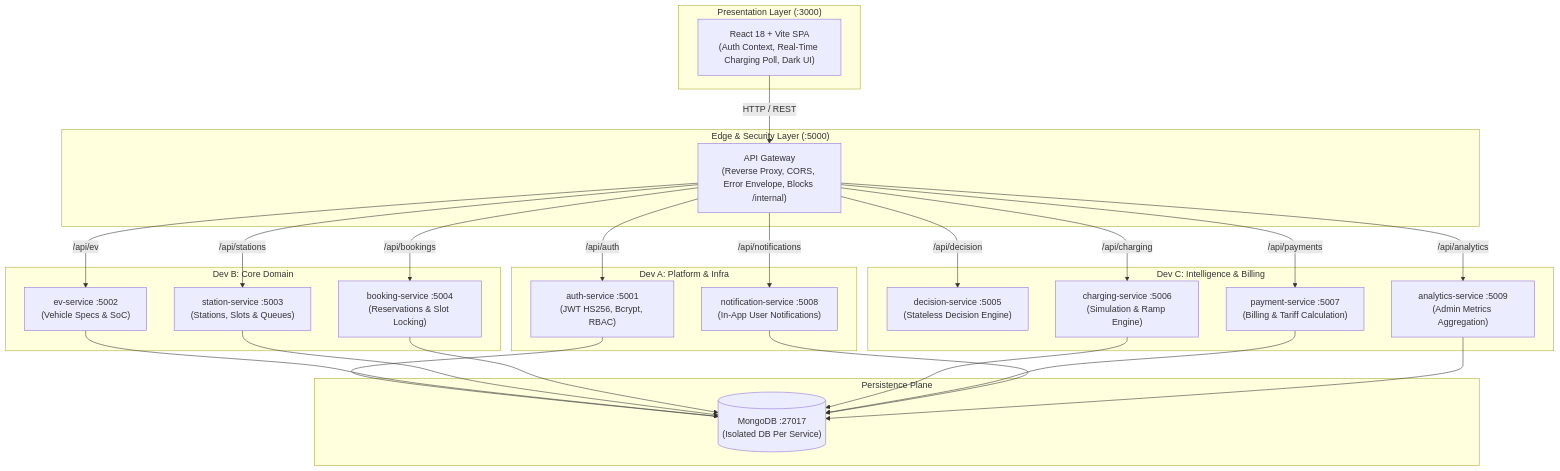
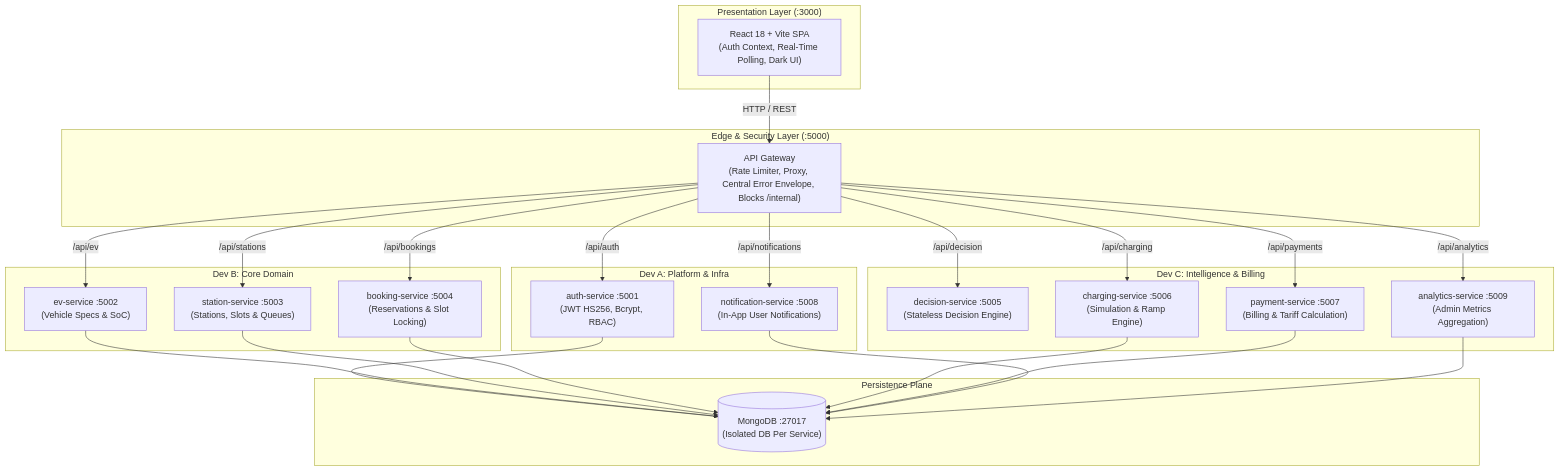
One commit to classaxar/Autonomous-EV-Charging-System changed the diagram in README.md. Above: the diagram before and after it, drawn with Mermaid. The commit also changed other lines of this file and 6 other files, not shown here.

````diff
--- a/README.md
+++ b/README.md
@@ -29,45 +29,45 @@
 ```mermaid
 flowchart TB
     subgraph Clients["Presentation Layer (:3000)"]
-        UI["React 18 + Vite SPA\n(Auth Context, Real-Time Charging Poll, Dark UI)"]
+        UI["React 18 + Vite SPA\n(Auth Context, Real-Time Polling, Dark UI)"]
     end
 
     subgraph Edge["Edge & Security Layer (:5000)"]
-        GW["API Gateway\n(Reverse Proxy, CORS, Error Envelope, Blocks /internal)"]
+        GW["API Gateway\n(Rate Limiter, Proxy, Central Error Envelope, Blocks /internal)"]
     end
 
     subgraph Platform["Dev A: Platform & Infra"]
         AUTH["auth-service :5001\n(JWT HS256, Bcrypt, RBAC)"]
         NOTIF["notification-service :5008\n(In-App User Notifications)"]
     end
 
     subgraph CoreDomain["Dev B: Core Domain"]
         EV["ev-service :5002\n(Vehicle Specs & SoC)"]
         STATION["station-service :5003\n(Stations, Slots & Queues)"]
         BOOKING["booking-service :5004\n(Reservations & Slot Locking)"]
     end
 
     subgraph Intelligence["Dev C: Intelligence & Billing"]
         DECISION["decision-service :5005\n(Stateless Decision Engine)"]
         CHARGING["charging-service :5006\n(Simulation & Ramp Engine)"]
         PAYMENT["payment-service :5007\n(Billing & Tariff Calculation)"]
         ANALYTICS["analytics-service :5009\n(Admin Metrics Aggregation)"]
     end
 
     subgraph Storage["Persistence Plane"]
         DB[("MongoDB :27017\n(Isolated DB Per Service)")]
     end
 
     UI -->|HTTP / REST| GW
     GW -->|/api/auth| AUTH
     GW -->|/api/ev| EV
     GW -->|/api/stations| STATION
     GW -->|/api/bookings| BOOKING
     GW -->|/api/decision| DECISION
     GW -->|/api/charging| CHARGING
     GW -->|/api/payments| PAYMENT
     GW -->|/api/notifications| NOTIF
     GW -->|/api/analytics| ANALYTICS
 
     AUTH & EV & STATION & BOOKING & CHARGING & PAYMENT & NOTIF & ANALYTICS --> DB
 ```
````
